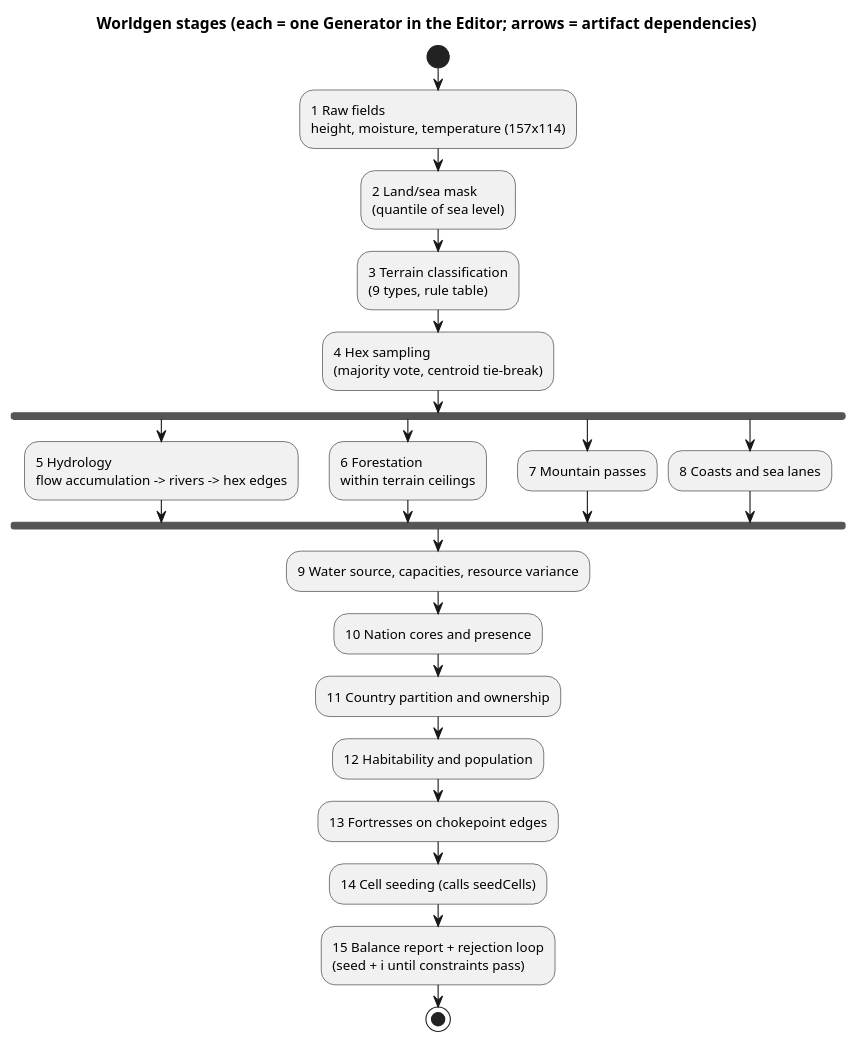
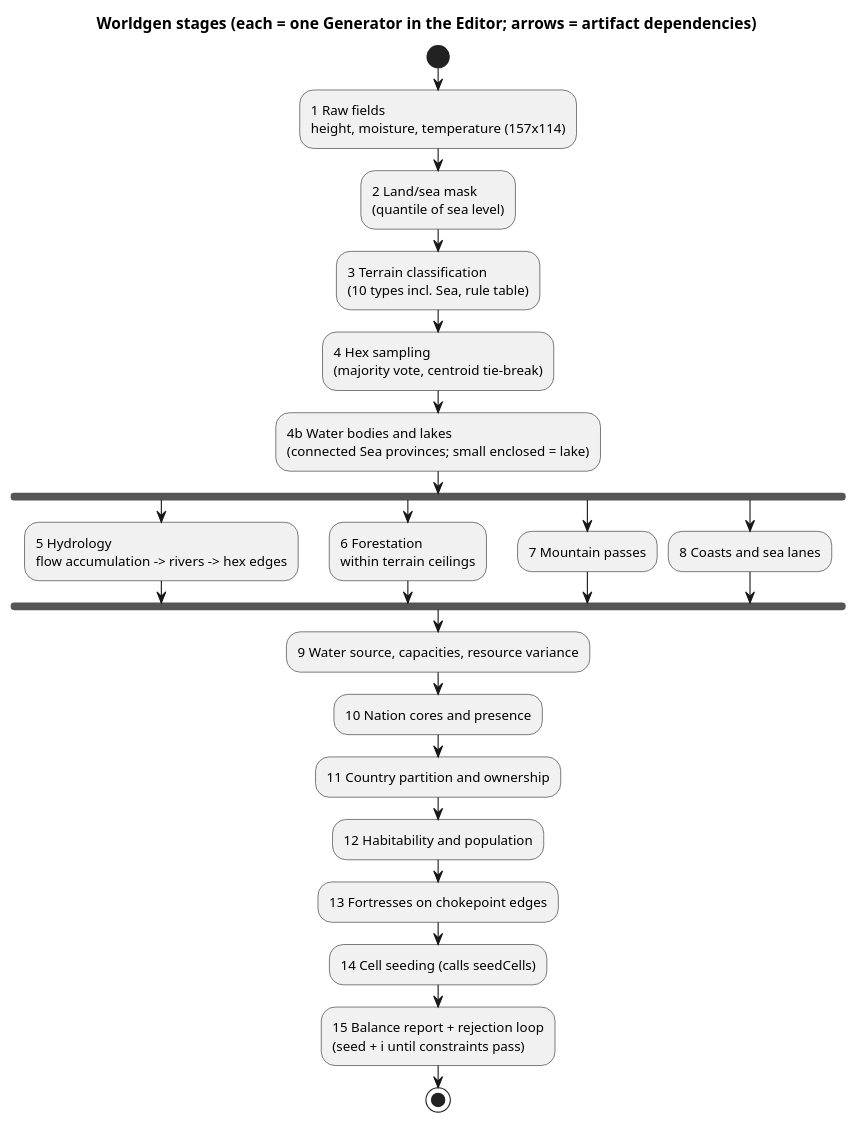
One commit to Myyrn/Elental changed the first of 2 diagrams in spec/worldgen__spec.md. Above: the diagram before and after it, drawn with PlantUML. The commit also changed other lines of this file, not shown here.

Commit message:
worldgen: spec — ten-terrain model, stages 1-4/4b/6/9/12/15 in code (slice 3c), open questions for the land design

````diff
--- a/spec/worldgen__spec.md
+++ b/spec/worldgen__spec.md
@@ -39,27 +29,28 @@
 ```plantuml
 @startuml
 title Worldgen stages (each = one Generator in the Editor; arrows = artifact dependencies)
 start
 :1 Raw fields\nheight, moisture, temperature (157x114);
 :2 Land/sea mask\n(quantile of sea level);
-:3 Terrain classification\n(9 types, rule table);
+:3 Terrain classification\n(10 types incl. Sea, rule table);
 :4 Hex sampling\n(majority vote, centroid tie-break);
+:4b Water bodies and lakes\n(connected Sea provinces; small enclosed = lake);
 fork
   :5 Hydrology\nflow accumulation -> rivers -> hex edges;
 fork again
   :6 Forestation\nwithin terrain ceilings;
 fork again
   :7 Mountain passes;
 fork again
   :8 Coasts and sea lanes;
 end fork
 :9 Water source, capacities, resource variance;
 :10 Nation cores and presence;
 :11 Country partition and ownership;
 :12 Habitability and population;
 :13 Fortresses on chokepoint edges;
 :14 Cell seeding (calls seedCells);
 :15 Balance report + rejection loop\n(seed + i until constraints pass);
 stop
 @enduml
 ```
````
